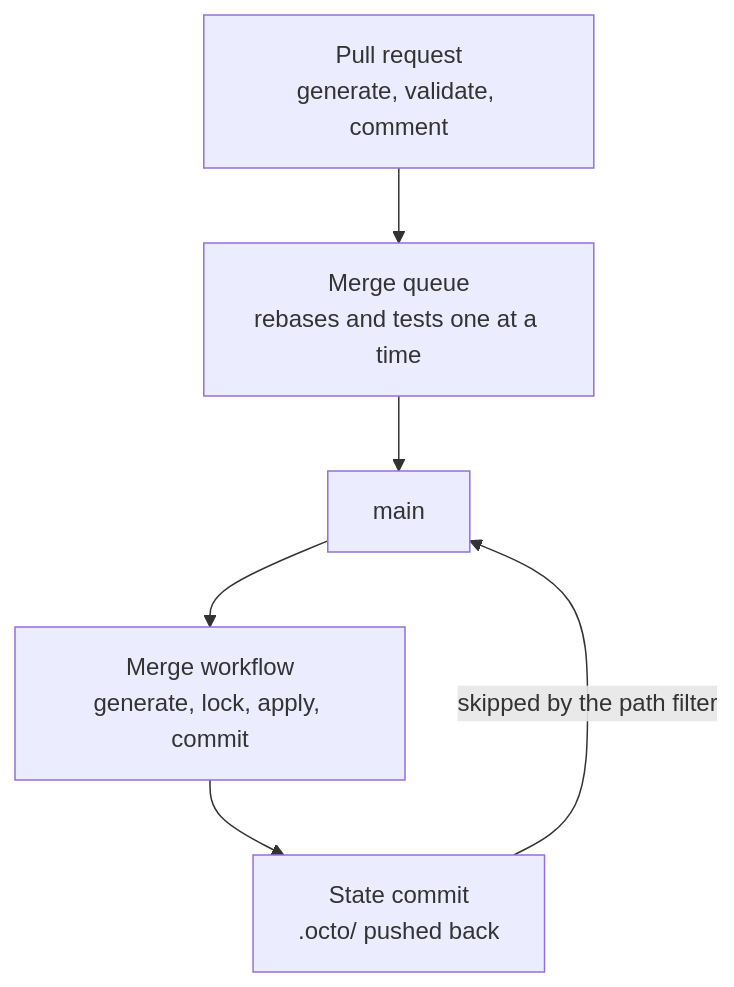
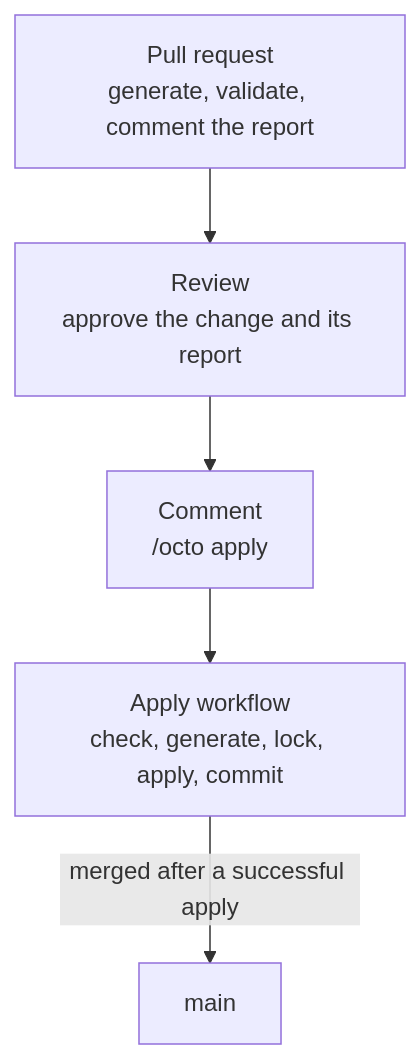
Before and after one commit to quadnix/octo: the diagram in apps/octo-docs/docs/techniques/github-actions-pipeline.mdx, drawn with Mermaid. The commit also changed other lines of this file and 5 other files, not shown here.

First line of the commit message:
chore(docs): octo-docs | run the github actions pipeline on remote state, applying from the pull request.

````diff
--- a/apps/octo-docs/docs/techniques/github-actions-pipeline.mdx
+++ b/apps/octo-docs/docs/techniques/github-actions-pipeline.mdx
@@ -17,13 +17,12 @@
 ```mermaid
 flowchart TD
-  PR["Pull request<br/>generate, validate, comment"]
-  Q["Merge queue<br/>rebases and tests one at a time"]
+  PR["Pull request<br/>generate, validate, comment the report"]
+  R["Review<br/>approve the change and its report"]
+  C["Comment<br/>/octo apply"]
+  A["Apply workflow<br/>check, generate, lock, apply, commit"]
   M["main"]
-  A["Merge workflow<br/>generate, lock, apply, commit"]
-  S["State commit<br/>.octo/ pushed back"]
-  PR --> Q
-  Q --> M
-  M --> A
-  A --> S
-  S -->|"skipped by the path filter"| M
+  PR --> R
+  R --> C
+  C --> A
+  A -->|"merged after a successful apply"| M
 ```
````
